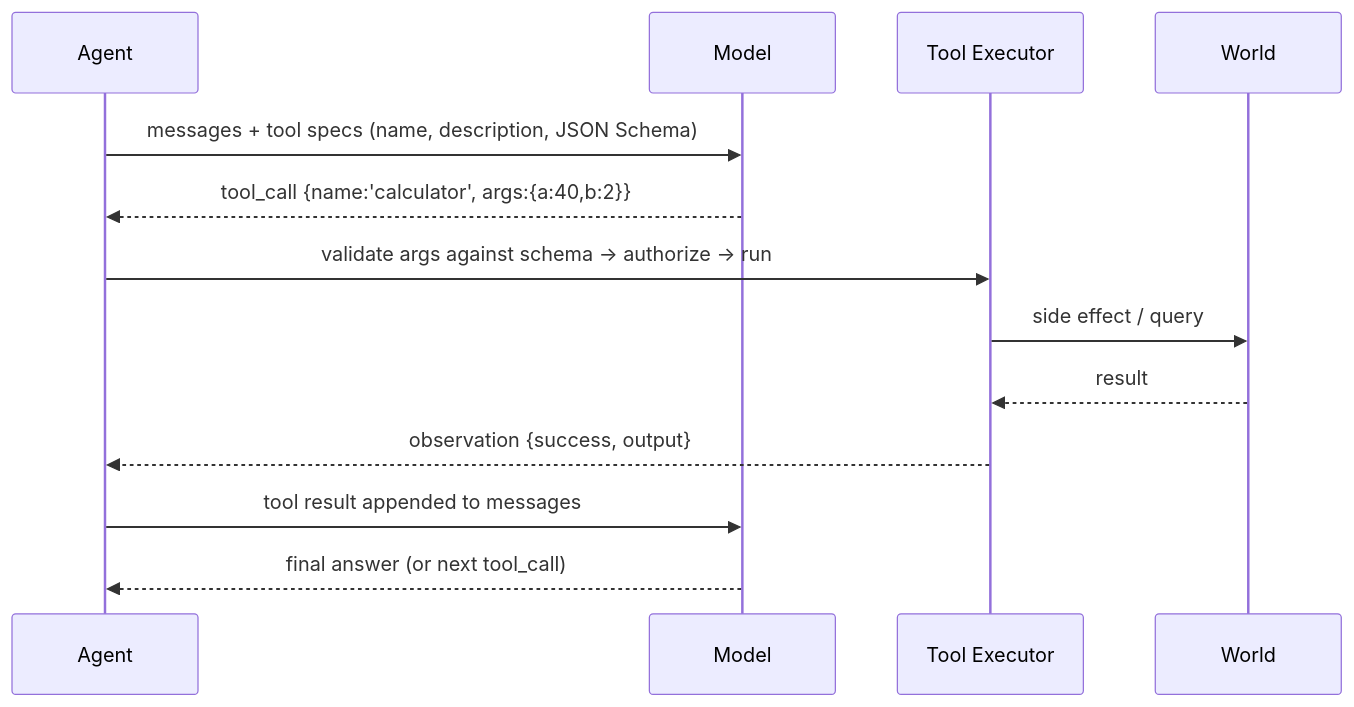
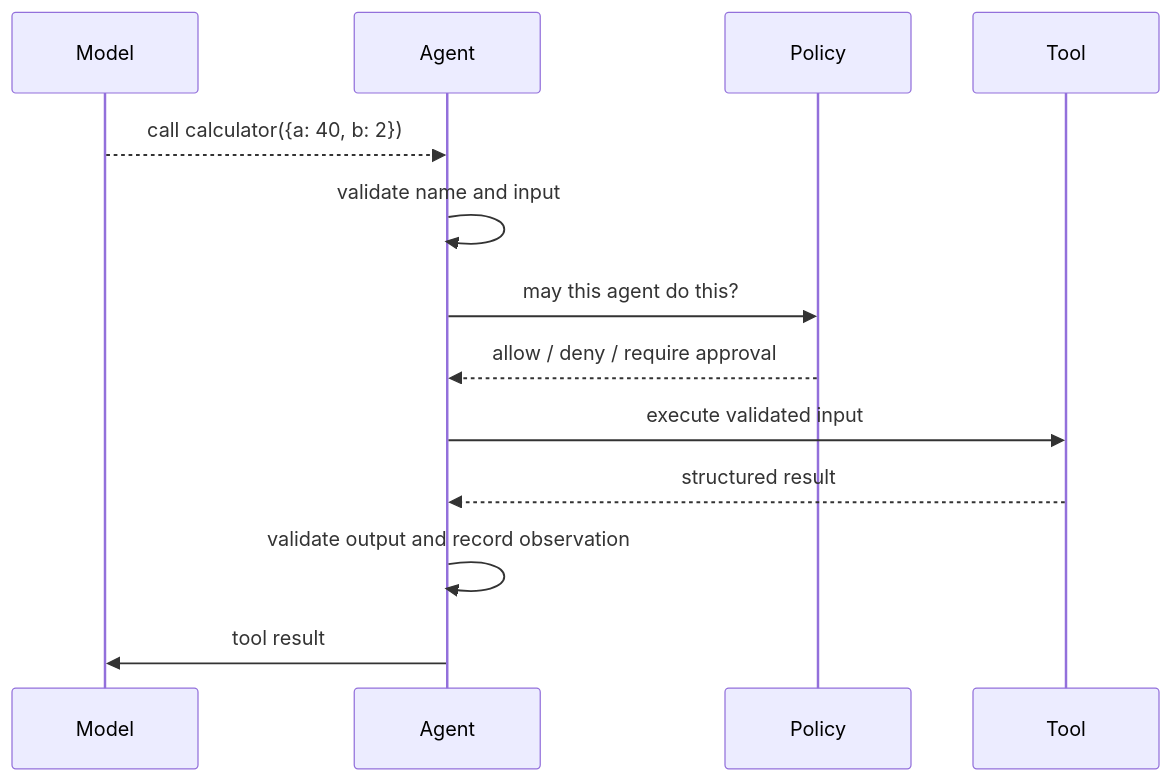
One commit to balureddy003/Naro changed the diagram in docs/learn/05-tool-calling.md. Above: the diagram before and after it, drawn with Mermaid. The commit also changed other lines of this file and 52 other files, not shown here.

````diff
--- a/docs/learn/05-tool-calling.md
+++ b/docs/learn/05-tool-calling.md
@@ -17,15 +12,15 @@
 ```mermaid
 sequenceDiagram
+    participant Model
     participant Agent
-    participant Model
-    participant ToolExec as Tool Executor
-    participant World
-    Agent->>Model: messages + tool specs (name, description, JSON Schema)
-    Model-->>Agent: tool_call {name:'calculator', args:{a:40,b:2}}
-    Agent->>ToolExec: validate args against schema → authorize → run
-    ToolExec->>World: side effect / query
-    World-->>ToolExec: result
-    ToolExec-->>Agent: observation {success, output}
-    Agent->>Model: tool result appended to messages
-    Model-->>Agent: final answer (or next tool_call)
+    participant Policy
+    participant Tool
+    Model-->>Agent: call calculator({a: 40, b: 2})
+    Agent->>Agent: validate name and input
+    Agent->>Policy: may this agent do this?
+    Policy-->>Agent: allow / deny / require approval
+    Agent->>Tool: execute validated input
+    Tool-->>Agent: structured result
+    Agent->>Agent: validate output and record observation
+    Agent->>Model: tool result
 ```
````
